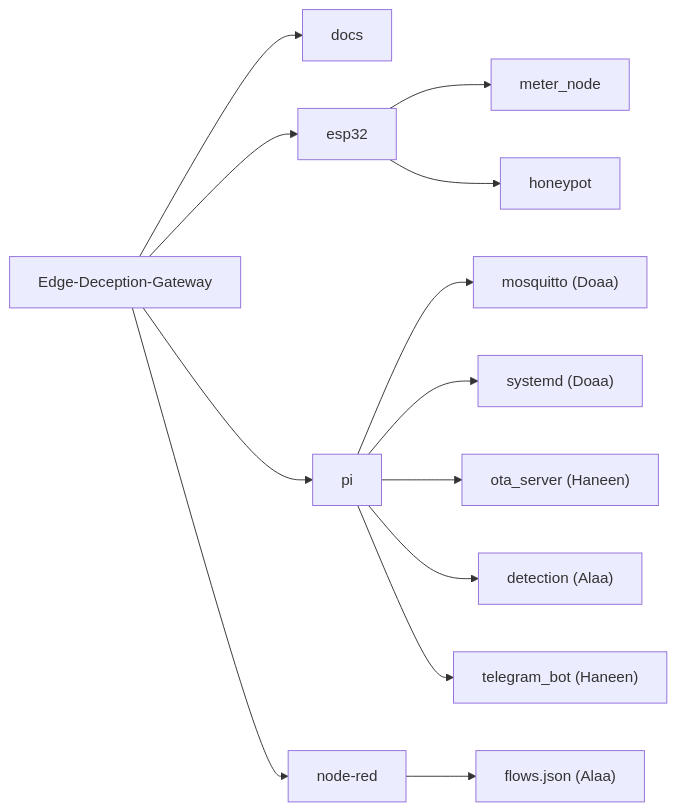
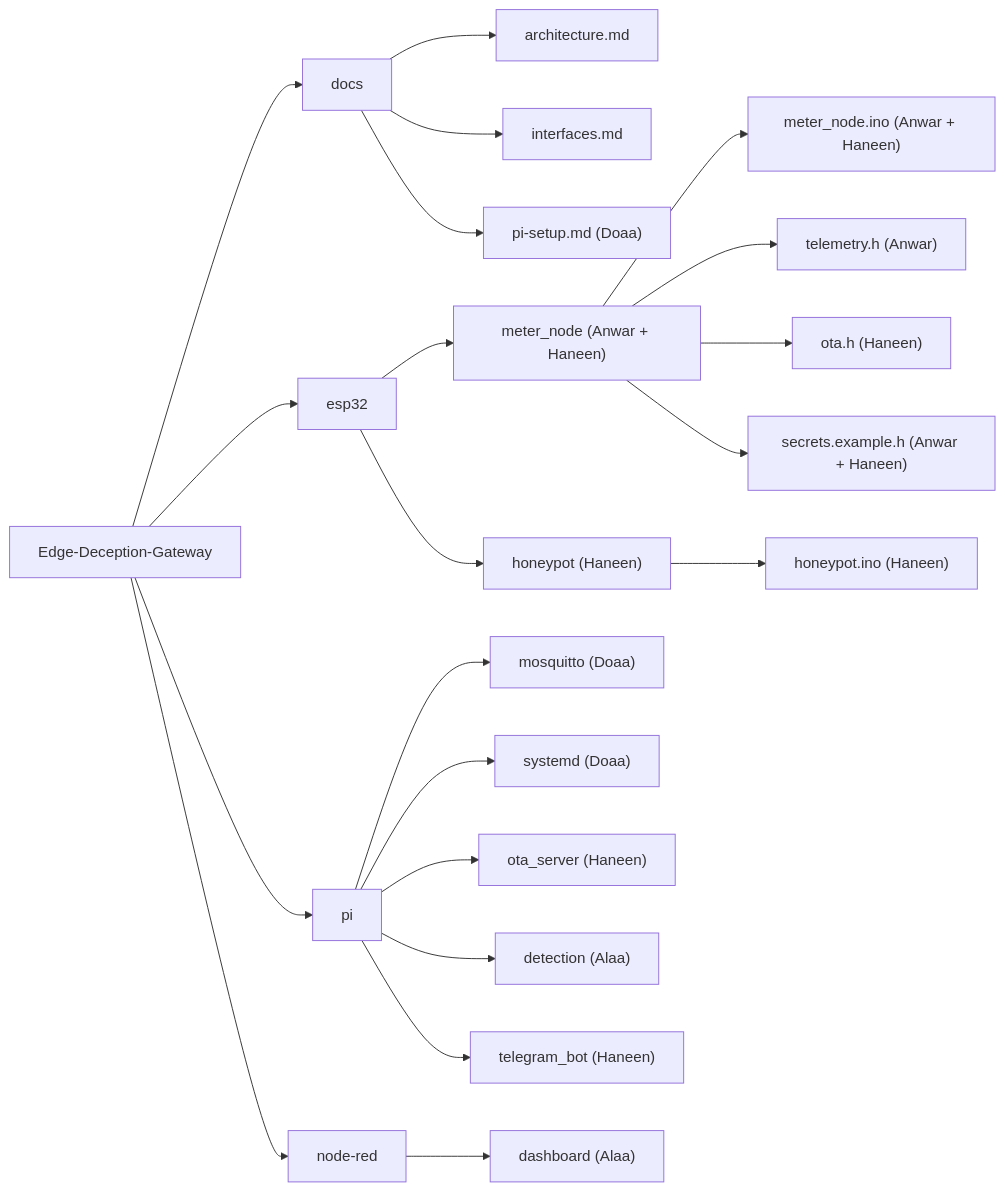
Before and after one commit to HaneenHany/Edge-Deception-Gateway: the diagram in README.md, drawn with Mermaid.

````diff
--- a/README.md
+++ b/README.md
@@ -3,15 +3,27 @@
 ```mermaid
 flowchart LR
   R["Edge-Deception-Gateway"] --> D["docs"]
   R --> E["esp32"]
   R --> P["pi"]
   R --> N["node-red"]
-  E --> E1["meter_node"]
-  E --> E2["honeypot"]
+
+  D --> D1["architecture.md"]
+  D --> D2["interfaces.md"]
+  D --> D3["pi-setup.md (Doaa)"]
+
+  E --> E1["meter_node (Anwar + Haneen)"]
+  E --> E2["honeypot (Haneen)"]
+  E1 --> E1a["meter_node.ino (Anwar + Haneen)"]
+  E1 --> E1b["telemetry.h (Anwar)"]
+  E1 --> E1c["ota.h (Haneen)"]
+  E1 --> E1d["secrets.example.h (Anwar + Haneen)"]
+  E2 --> E2a["honeypot.ino (Haneen)"]
+
   P --> P1["mosquitto (Doaa)"]
   P --> P2["systemd (Doaa)"]
   P --> P3["ota_server (Haneen)"]
   P --> P4["detection (Alaa)"]
   P --> P5["telegram_bot (Haneen)"]
-  N --> N1["flows.json (Alaa)"]
+
+  N --> N1["dashboard (Alaa)"]
 ```
````
